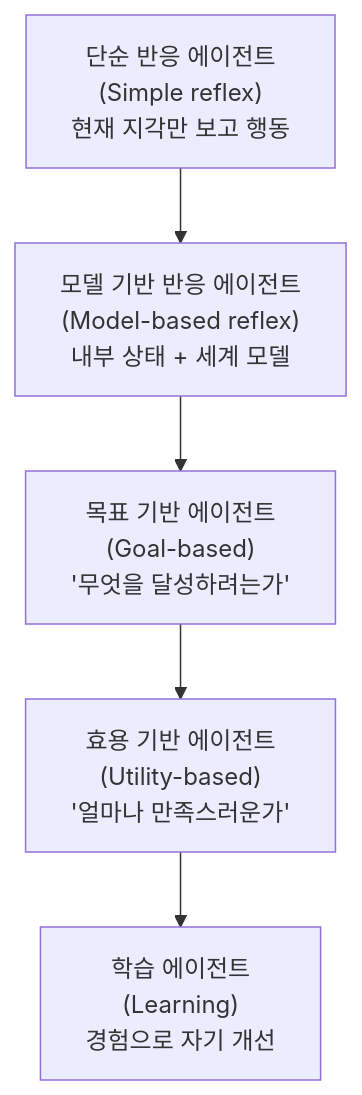
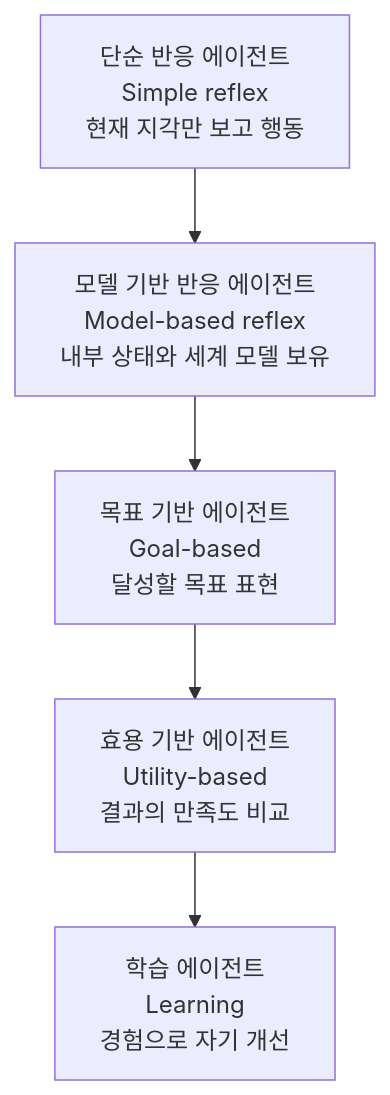
The eighth of 8 diagrams in _posts/2026-04-25-ai-introduction-overview.md (charlie-hs/charlie-hs.github.io), drawn with Mermaid before and after one commit. The commit also changed other lines of this file and 1 other file, not shown here.

First line of the commit message:
fix(mermaid): 다이어그램 렌더링 안 되는 문제 수정

````diff
--- a/_posts/2026-04-25-ai-introduction-overview.md
+++ b/_posts/2026-04-25-ai-introduction-overview.md
@@ -332,7 +332,7 @@
 ```mermaid
 graph TB
-    A["단순 반응 에이전트<br/>(Simple reflex)<br/>현재 지각만 보고 행동"] --> B["모델 기반 반응 에이전트<br/>(Model-based reflex)<br/>내부 상태 + 세계 모델"]
-    B --> C["목표 기반 에이전트<br/>(Goal-based)<br/>'무엇을 달성하려는가'"]
-    C --> D["효용 기반 에이전트<br/>(Utility-based)<br/>'얼마나 만족스러운가'"]
-    D --> E["학습 에이전트<br/>(Learning)<br/>경험으로 자기 개선"]
+    A["단순 반응 에이전트<br/>Simple reflex<br/>현재 지각만 보고 행동"] --> B["모델 기반 반응 에이전트<br/>Model-based reflex<br/>내부 상태와 세계 모델 보유"]
+    B --> C["목표 기반 에이전트<br/>Goal-based<br/>달성할 목표 표현"]
+    C --> D["효용 기반 에이전트<br/>Utility-based<br/>결과의 만족도 비교"]
+    D --> E["학습 에이전트<br/>Learning<br/>경험으로 자기 개선"]
 ```
````
